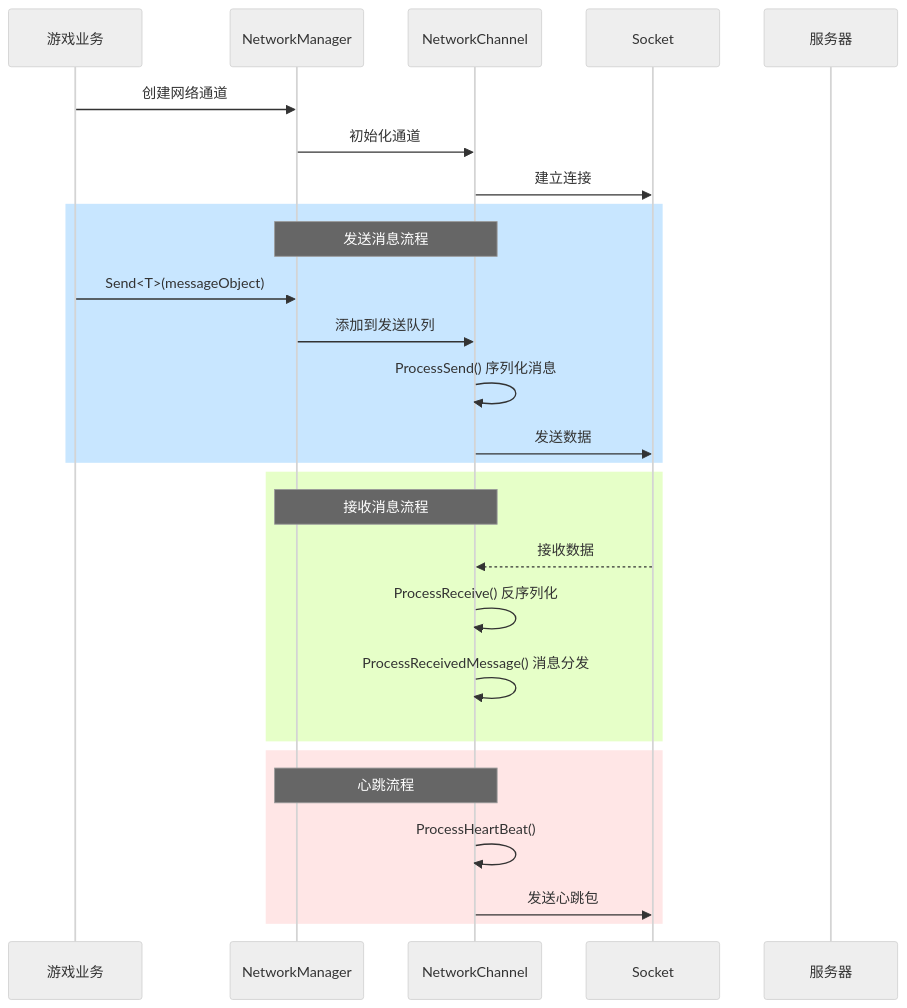
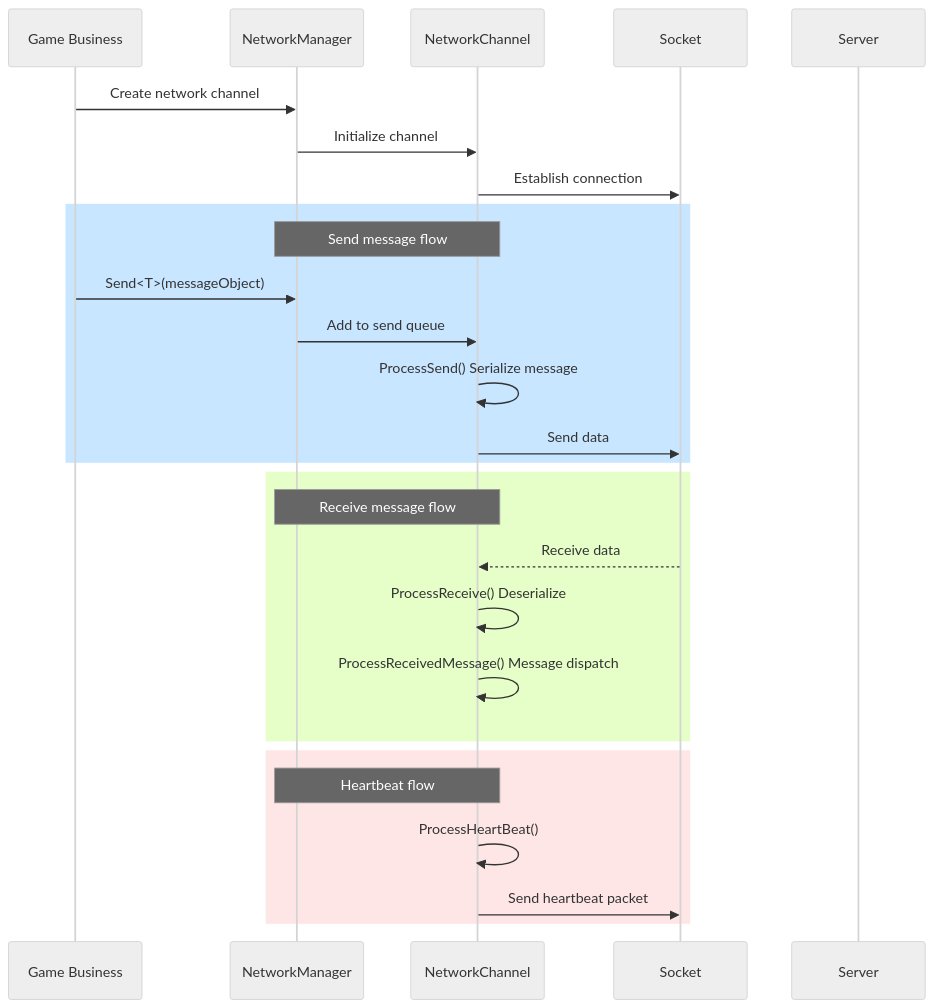
Before and after one commit to AlianBlank/GameFrameX.Docs: the second of 3 diagrams in docs/en/client/unity/component/network/04.network-manager.md, drawn with Mermaid (neutral theme). The commit also changed other lines of this file and 242 other files, not shown here.

````diff
--- a/docs/en/client/unity/component/network/04.network-manager.md
+++ b/docs/en/client/unity/component/network/04.network-manager.md
@@ -84,33 +84,33 @@
 ```mermaid
 sequenceDiagram
-    participant Game as 游戏业务
+    participant Game as Game Business
     participant NM as NetworkManager
     participant NC as NetworkChannel
     participant Socket as Socket
-    participant Server as 服务器
+    participant Server as Server
 
-    Game->>NM: 创建网络通道
-    NM->>NC: 初始化通道
-    NC->>Socket: 建立连接
-    
+    Game->>NM: Create network channel
+    NM->>NC: Initialize channel
+    NC->>Socket: Establish connection
+
     rect rgb(200, 230, 255)
-        Note over NM,NC: 发送消息流程
+        Note over NM,NC: Send message flow
         Game->>NM: Send<T>(messageObject)
-        NM->>NC: 添加到发送队列
-        NC->>NC: ProcessSend() 序列化消息
-        NC->>Socket: 发送数据
+        NM->>NC: Add to send queue
+        NC->>NC: ProcessSend() Serialize message
+        NC->>Socket: Send data
     end
-    
+
     rect rgb(230, 255, 200)
-        Note over NM,NC: 接收消息流程
-        Socket-->>NC: 接收数据
-        NC->>NC: ProcessReceive() 反序列化
-        NC->>NC: ProcessReceivedMessage() 消息分发
+        Note over NM,NC: Receive message flow
+        Socket-->>NC: Receive data
+        NC->>NC: ProcessReceive() Deserialize
+        NC->>NC: ProcessReceivedMessage() Message dispatch
     end
-    
+
     rect rgb(255, 230, 230)
-        Note over NM,NC: 心跳流程
+        Note over NM,NC: Heartbeat flow
         NC->>NC: ProcessHeartBeat()
-        NC->>Socket: 发送心跳包
+        NC->>Socket: Send heartbeat packet
     end
 ```
````
